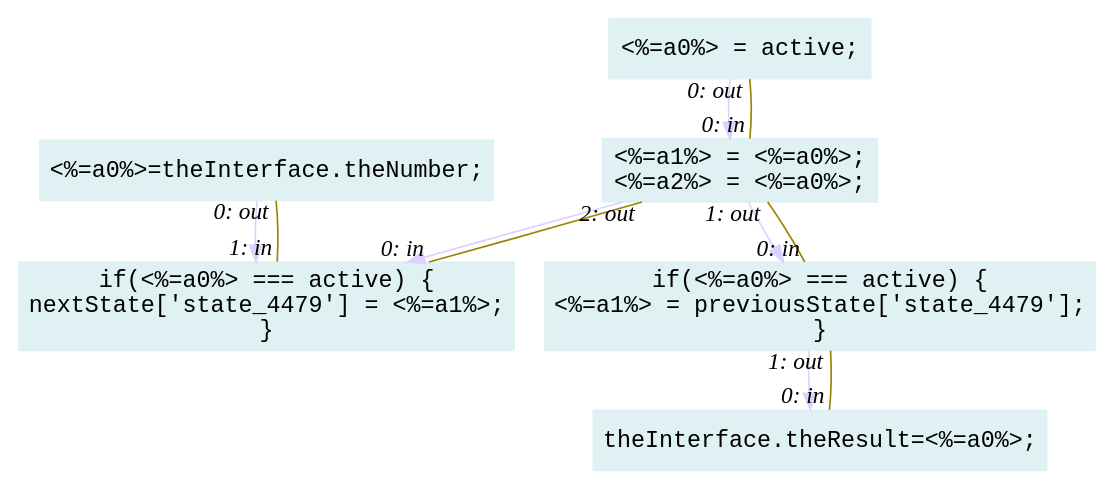
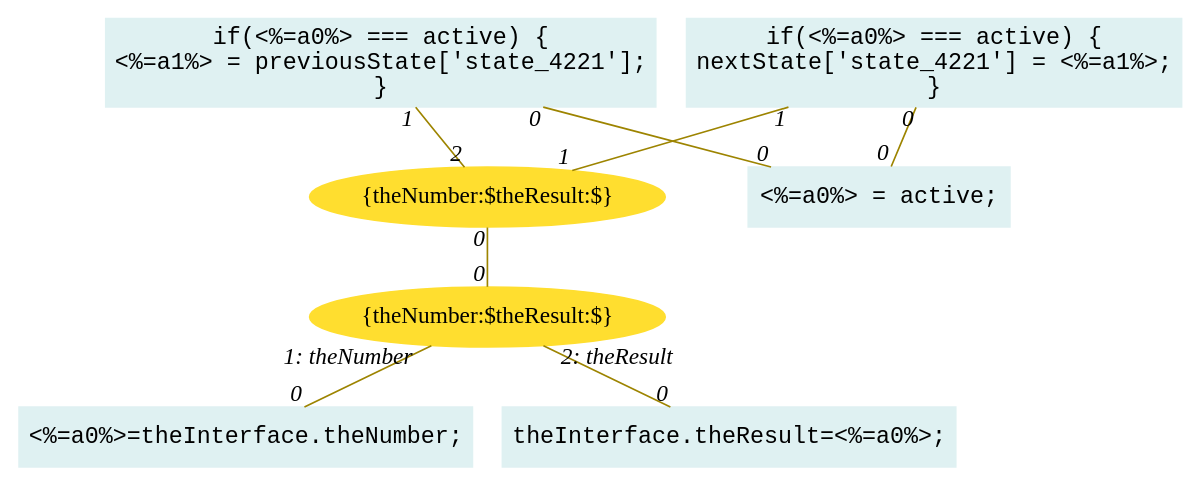
The diagram in lidl-core/example/ok/definitionOfPrevious/error.dot (crubier/lidl), drawn with Graphviz before and after one commit. The commit also changed 205 other files, not shown here.

```diff
--- a/lidl-core/example/ok/definitionOfPrevious/error.dot
+++ b/lidl-core/example/ok/definitionOfPrevious/error.dot
@@ -1,28 +1,24 @@
-digraph g{node_4443 [shape="box", style="filled", color="#dff1f2", fontname="Courier", label="<%=a0%>=theInterface.theNumber;
+digraph g{node_4185 [shape="box", style="filled", color="#dff1f2", fontname="Courier", label="<%=a0%>=theInterface.theNumber;
 " ]
-node_4445 [shape="box", style="filled", color="#dff1f2", fontname="Courier", label="theInterface.theResult=<%=a0%>;
+node_4187 [shape="box", style="filled", color="#dff1f2", fontname="Courier", label="theInterface.theResult=<%=a0%>;
 " ]
-node_4476 [shape="box", style="filled", color="#dff1f2", fontname="Courier", label="<%=a0%> = active;
+node_4189 [shape="ellipse", style="filled", color="#ffde2f", fontname="Times", label="{theNumber:$theResult:$}" ]
+node_4210 [shape="ellipse", style="filled", color="#ffde2f", fontname="Times", label="{theNumber:$theResult:$}" ]
+node_4218 [shape="box", style="filled", color="#dff1f2", fontname="Courier", label="<%=a0%> = active;
 " ]
-node_4480 [shape="box", style="filled", color="#dff1f2", fontname="Courier", label="if(<%=a0%> === active) {
-<%=a1%> = previousState['state_4479'];
+node_4222 [shape="box", style="filled", color="#dff1f2", fontname="Courier", label="if(<%=a0%> === active) {
+<%=a1%> = previousState['state_4221'];
 }
 " ]
-node_4483 [shape="box", style="filled", color="#dff1f2", fontname="Courier", label="if(<%=a0%> === active) {
-nextState['state_4479'] = <%=a1%>;
+node_4225 [shape="box", style="filled", color="#dff1f2", fontname="Courier", label="if(<%=a0%> === active) {
+nextState['state_4221'] = <%=a1%>;
 }
 " ]
-node_4500 [shape="box", style="filled", color="#dff1f2", fontname="Courier", label="<%=a1%> = <%=a0%>;
-<%=a2%> = <%=a0%>;
-" ]
-node_4443 -> node_4483 [dir=forward, arrowHead=normal, fontname="Times-Italic", arrowsize=1, color="#ddd2ff", label="",  headlabel="", taillabel="" ]
-node_4480 -> node_4445 [dir=forward, arrowHead=normal, fontname="Times-Italic", arrowsize=1, color="#ddd2ff", label="",  headlabel="", taillabel="" ]
-node_4500 -> node_4480 [dir=forward, arrowHead=normal, fontname="Times-Italic", arrowsize=1, color="#ddd2ff", label="",  headlabel="", taillabel="" ]
-node_4500 -> node_4483 [dir=forward, arrowHead=normal, fontname="Times-Italic", arrowsize=1, color="#ddd2ff", label="",  headlabel="", taillabel="" ]
-node_4476 -> node_4500 [dir=forward, arrowHead=normal, fontname="Times-Italic", arrowsize=1, color="#ddd2ff", label="",  headlabel="", taillabel="" ]
-node_4483 -> node_4443 [dir=none, arrowHead=none, fontname="Times-Italic", arrowsize=1, color="#9d8400", label="",  headlabel="0: out", taillabel="1: in" ]
-node_4480 -> node_4445 [dir=none, arrowHead=none, fontname="Times-Italic", arrowsize=1, color="#9d8400", label="",  headlabel="0: in", taillabel="1: out" ]
-node_4476 -> node_4500 [dir=none, arrowHead=none, fontname="Times-Italic", arrowsize=1, color="#9d8400", label="",  headlabel="0: in", taillabel="0: out" ]
-node_4500 -> node_4480 [dir=none, arrowHead=none, fontname="Times-Italic", arrowsize=1, color="#9d8400", label="",  headlabel="0: in", taillabel="1: out" ]
-node_4500 -> node_4483 [dir=none, arrowHead=none, fontname="Times-Italic", arrowsize=1, color="#9d8400", label="",  headlabel="0: in", taillabel="2: out" ]
+node_4189 -> node_4185 [dir=none, arrowHead=none, fontname="Times-Italic", arrowsize=1, color="#9d8400", label="",  headlabel="0", taillabel="1: theNumber" ]
+node_4189 -> node_4187 [dir=none, arrowHead=none, fontname="Times-Italic", arrowsize=1, color="#9d8400", label="",  headlabel="0", taillabel="2: theResult" ]
+node_4210 -> node_4189 [dir=none, arrowHead=none, fontname="Times-Italic", arrowsize=1, color="#9d8400", label="",  headlabel="0", taillabel="0" ]
+node_4222 -> node_4218 [dir=none, arrowHead=none, fontname="Times-Italic", arrowsize=1, color="#9d8400", label="",  headlabel="0", taillabel="0" ]
+node_4222 -> node_4210 [dir=none, arrowHead=none, fontname="Times-Italic", arrowsize=1, color="#9d8400", label="",  headlabel="2", taillabel="1" ]
+node_4225 -> node_4218 [dir=none, arrowHead=none, fontname="Times-Italic", arrowsize=1, color="#9d8400", label="",  headlabel="0", taillabel="0" ]
+node_4225 -> node_4210 [dir=none, arrowHead=none, fontname="Times-Italic", arrowsize=1, color="#9d8400", label="",  headlabel="1", taillabel="1" ]
 }
```
